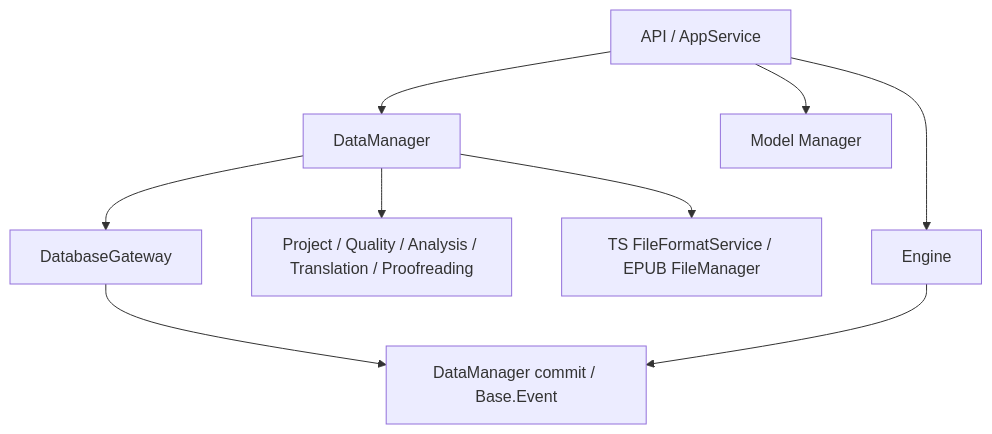
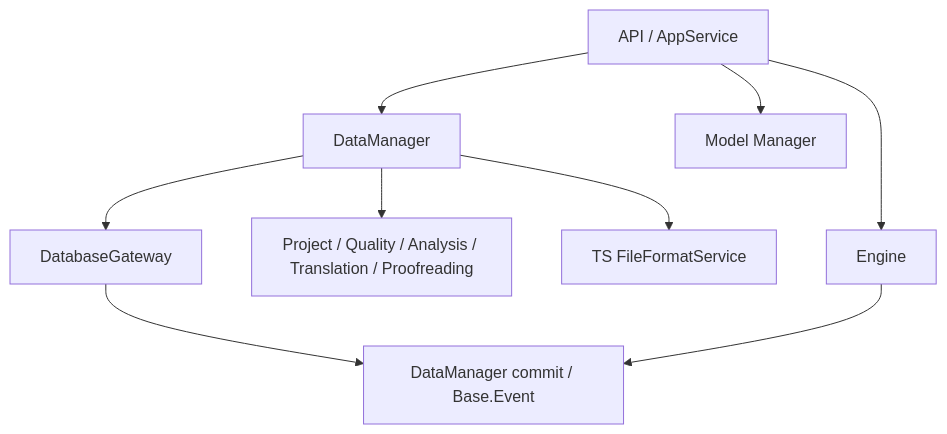
One commit to neavo/LinguaGacha changed the first of 4 diagrams in docs/DATA.md. Above: the diagram before and after it, drawn with Mermaid. The commit also changed other lines of this file and 60 other files, not shown here.

````diff
--- a/docs/DATA.md
+++ b/docs/DATA.md
@@ -16,11 +15,11 @@
 ```mermaid
 flowchart TD
     A["API / AppService"] --> B["DataManager"]
     A --> C["Engine"]
     B --> D["Project / Quality / Analysis / Translation / Proofreading"]
-    B --> E["TS FileFormatService / EPUB FileManager"]
+    B --> E["TS FileFormatService"]
     B --> F["DatabaseGateway"]
     F --> H["Electron main database service"]
     A --> G["Model Manager"]
     C --> H["DataManager commit / Base.Event"]
 ```
````
